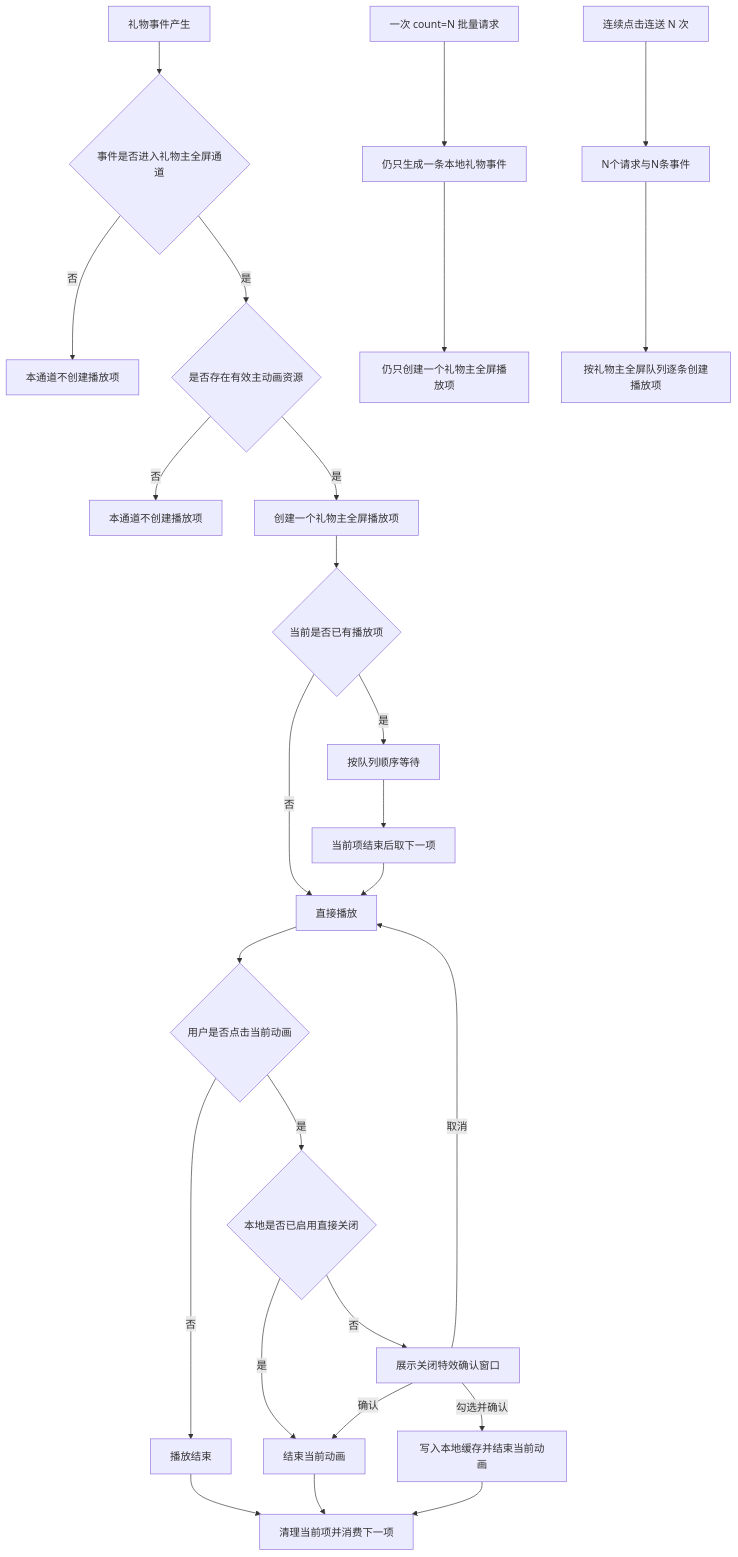
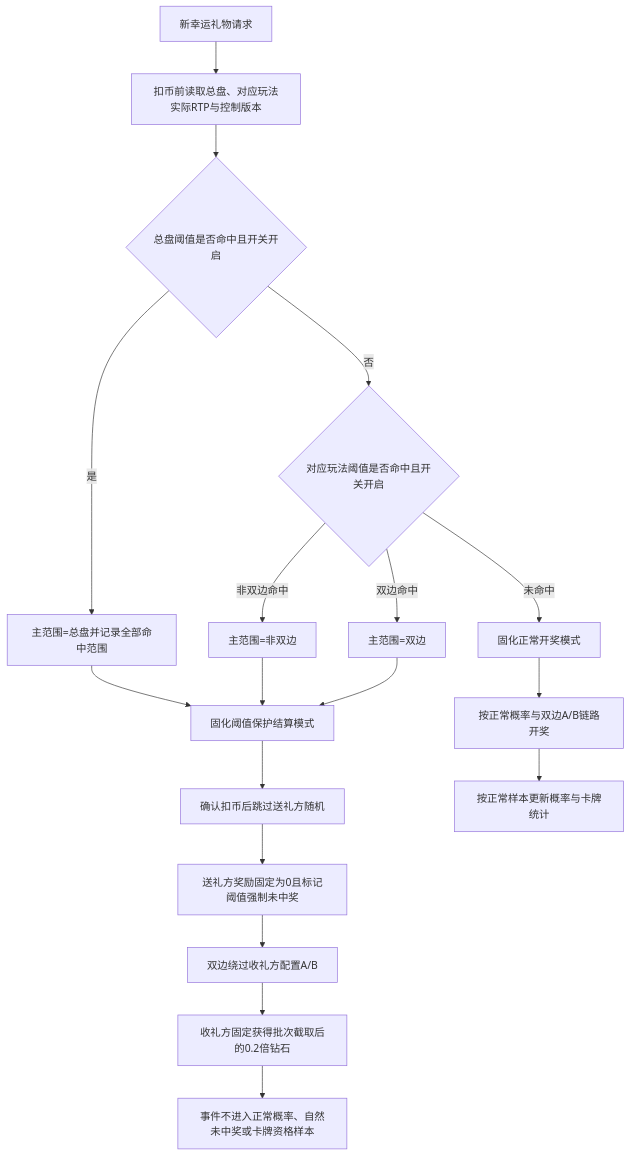
Before and after one commit to kocekid/LuckGift1.0: the fourth of 7 diagrams in 幸运礼物1.0_核心逻辑需求文档.md, drawn with Mermaid. The commit also changed other lines of this file, not shown here.

````diff
--- a/幸运礼物1.0_核心逻辑需求文档.md
+++ b/幸运礼物1.0_核心逻辑需求文档.md
@@ -922,30 +253,20 @@
 ```mermaid
 flowchart TD
-    A[礼物事件产生] --> B{事件是否进入礼物主全屏通道}
-    B -->|否| C[本通道不创建播放项]
-    B -->|是| D{是否存在有效主动画资源}
-    D -->|否| E[本通道不创建播放项]
-    D -->|是| F[创建一个礼物主全屏播放项]
-    F --> G{当前是否已有播放项}
-    G -->|否| H[直接播放]
-    G -->|是| K[按队列顺序等待]
-    K --> W[当前项结束后取下一项]
-    W --> H
-
-    H --> L{用户是否点击当前动画}
-    L -->|否| M[播放结束]
-    L -->|是| N{本地是否已启用直接关闭}
-    N -->|是| O[结束当前动画]
-    N -->|否| P[展示关闭特效确认窗口]
-    P -->|取消| H
-    P -->|确认| O
-    P -->|勾选并确认| Q[写入本地缓存并结束当前动画]
-    O --> R[清理当前项并消费下一项]
-    Q --> R
-    M --> R
-
-    S[一次 count=N 批量请求] --> T[仍只生成一条本地礼物事件]
-    T --> U[仍只创建一个礼物主全屏播放项]
-    V[连续点击连送 N 次] --> X[N个请求与N条事件]
-    X --> Y[按礼物主全屏队列逐条创建播放项]
+    A[新幸运礼物请求] --> B[扣币前读取总盘、对应玩法实际RTP与控制版本]
+    B --> C{总盘阈值是否命中且开关开启}
+    C -->|是| D[主范围=总盘并记录全部命中范围]
+    C -->|否| E{对应玩法阈值是否命中且开关开启}
+    E -->|非双边命中| F[主范围=非双边]
+    E -->|双边命中| G[主范围=双边]
+    E -->|未命中| H[固化正常开奖模式]
+    D --> I[固化阈值保护结算模式]
+    F --> I
+    G --> I
+    I --> J[确认扣币后跳过送礼方随机]
+    J --> K[送礼方奖励固定为0且标记阈值强制未中奖]
+    K --> L[双边绕过收礼方配置A/B]
+    L --> M[收礼方固定获得批次截取后的0.2倍钻石]
+    H --> N[按正常概率与双边A/B链路开奖]
+    M --> O[事件不进入正常概率、自然未中奖或卡牌资格样本]
+    N --> P[按正常样本更新概率与卡牌统计]
 ```
````
